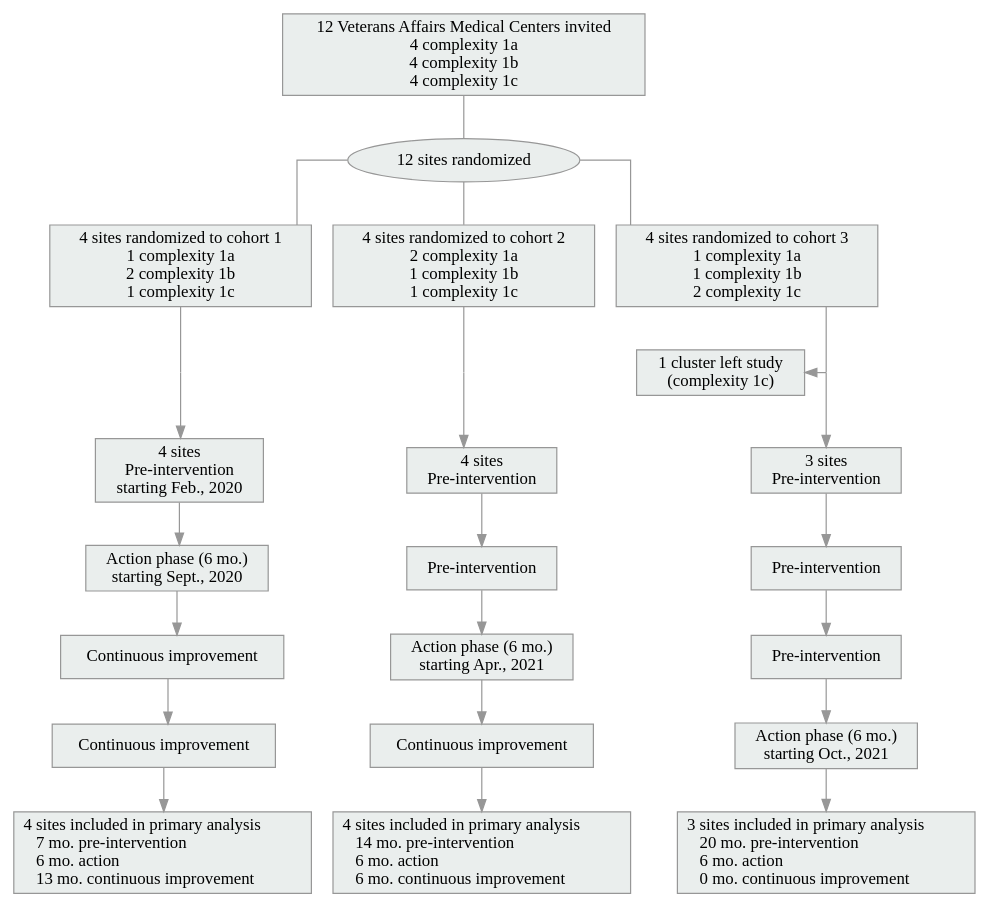
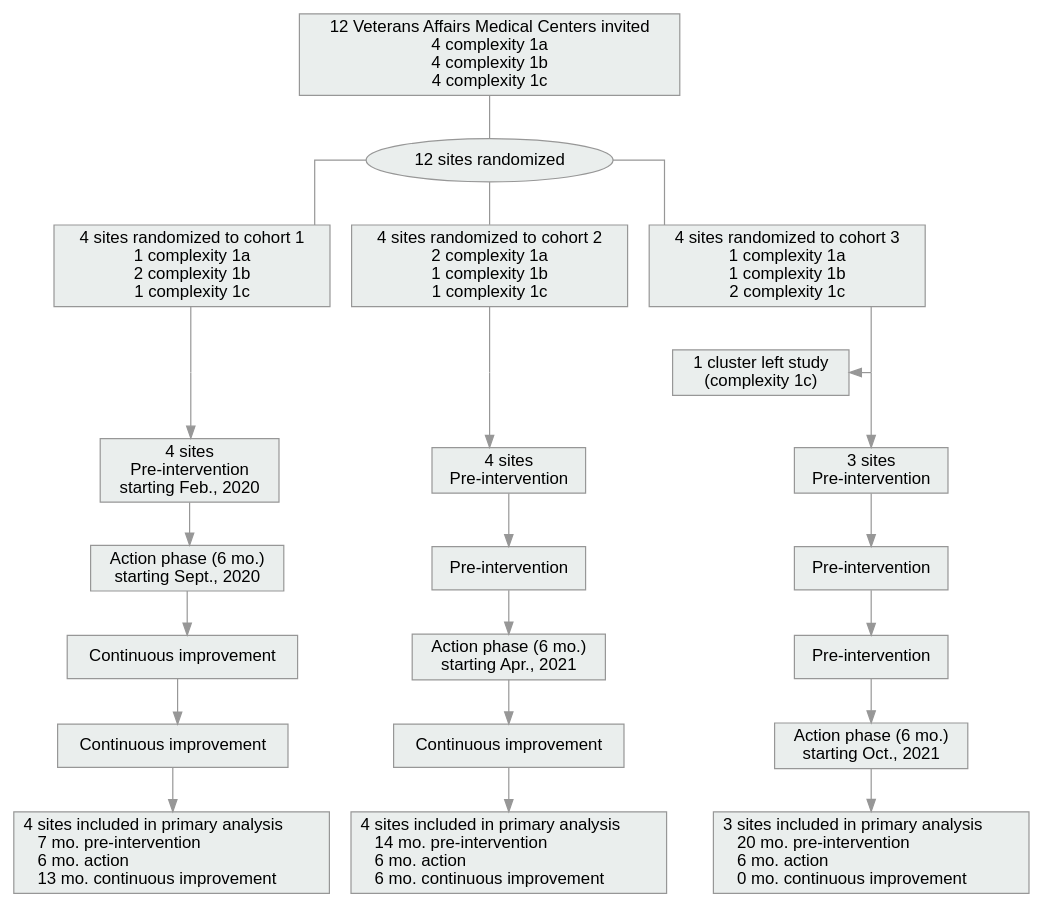
Before and after one commit to zimolzak/instruct-project-etrigger-sql: the diagram in advanced/consort-like.dot, drawn with Graphviz. The commit also changed 2 other files, not shown here.

Commit message:
Generate EPS file of the directed graph.

```diff
--- a/advanced/consort-like.dot
+++ b/advanced/consort-like.dot
@@ -1,97 +1,97 @@
 digraph  {
 
 splines=ortho
-node [style=filled, fillcolor="#EAEEED", fontname="Trebuchet MS", color="#979797", shape=rectangle]
+node [style=filled, fillcolor="#EAEEED", fontname="Helvetica", color="#979797", shape=rectangle]
 edge [color="#979797"]
 
 
 
 
 # Top nodes
 
 root [label="12 Veterans Affairs Medical Centers invited\n4 complexity 1a\n4 complexity 1b\n4 complexity 1c\n",
      style=filled, fillcolor="#EAEEED"];
 
 randomize [label="12 sites randomized", shape=ellipse];
 
 c1 [label="4 sites randomized to cohort 1\n1 complexity 1a\n2 complexity 1b\n1 complexity 1c"]
 c2 [label="4 sites randomized to cohort 2\n2 complexity 1a\n1 complexity 1b\n1 complexity 1c"];
 c3 [label="4 sites randomized to cohort 3\n1 complexity 1a\n1 complexity 1b\n2 complexity 1c"];
 
 
 
 
 # Edges
 
 root -> randomize [arrowhead="none"];
 randomize -> c1 [arrowhead="none"];
 randomize -> c2 [arrowhead="none"];
 randomize -> c3 [arrowhead="none"];
 
 
 
 
 # Bottom nodes
 
 dropout [label="1 cluster left study\n(complexity 1c)"];  # Order matters!
 
 # Invisible point nodes
 
 n1 [fixedsize = true,
 			height = 0,
 			shape = point,
 			style = invis,
 			shape = point];
 n2 [fixedsize = true,
 			height = 0,
 			shape = point,
 			style = invis,
 			shape = point];
 n3 [fixedsize = true,
 			height = 0,
 			shape = point,
 			style = invis,
 			shape = point];
 
 
 
 
 # Main nodes
 
 pre1 [label="4 sites\nPre-intervention\nstarting Feb., 2020\n"]
 pre2 [label="4 sites\nPre-intervention"]
 pre3 [label="3 sites\nPre-intervention"]
 
 a1 [label="Action phase (6 mo.)\nstarting Sept., 2020"];
 a2 [label="Pre-intervention"];
 a3 [label="Pre-intervention"]
 
 apr1 [label="Continuous improvement"]
 apr2 [label="Action phase (6 mo.)\nstarting Apr., 2021"]
 apr3 [label="Pre-intervention"]
 
 oct1 [label="Continuous improvement"]
 oct2 [label="Continuous improvement"]
 oct3 [label="Action phase (6 mo.)\nstarting Oct., 2021"]
 
 ana1 [label="4 sites included in primary analysis\l    7 mo. pre-intervention\l    6 mo. action\l    13 mo. continuous improvement\l"]
 ana2 [label="4 sites included in primary analysis\l    14 mo. pre-intervention\l    6 mo. action\l    6 mo. continuous improvement\l"]
 ana3 [label="3 sites included in primary analysis\l    20 mo. pre-intervention\l    6 mo. action\l    0 mo. continuous improvement\l"]
 
 
 
 # Bottom Edges
 
 c1 -> n1 [arrowhead = "none"];
 c2 -> n2 [arrowhead = "none"];
 c3 -> n3 [arrowhead = "none"];
 
 n1 -> pre1 -> a1 -> apr1 -> oct1 -> ana1;
 n2 -> pre2 -> a2 -> apr2 -> oct2 -> ana2;
 n3 -> pre3 -> a3 -> apr3 -> oct3 -> ana3;
 
 c3 -> dropout [style = invis];  # ad hoc
 n3 -> dropout [constraint = false];
 dropout -> a3 [style = invis, constraint = false];  # ad hoc
 
 }
```
